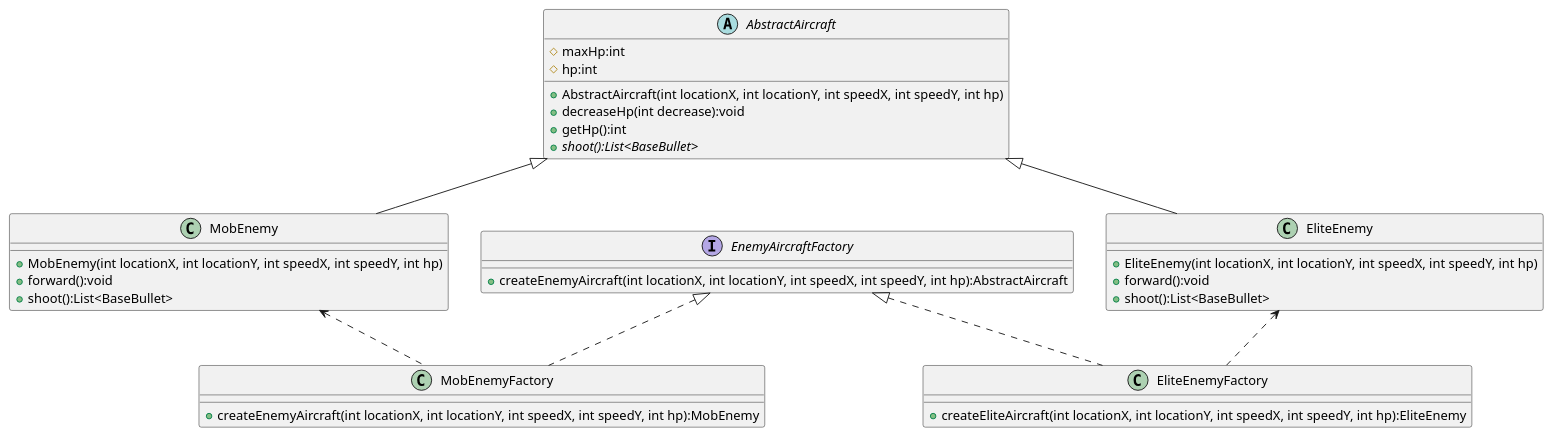
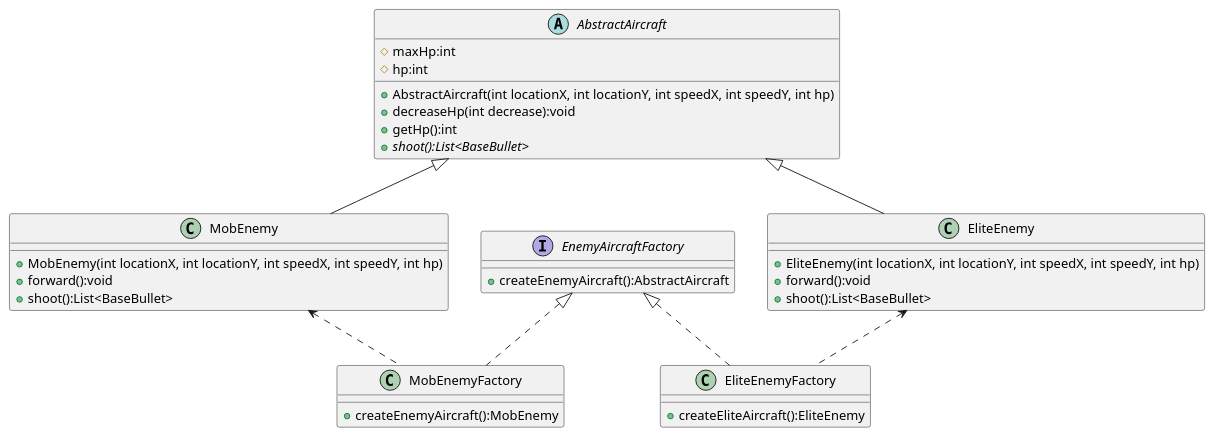
One commit to Chaoll-stu/java- changed the diagram in uml/EnemyFactory.puml. Above: the diagram before and after it, drawn with PlantUML. The commit also changed 4 other files, not shown here.

```diff
--- a/uml/EnemyFactory.puml
+++ b/uml/EnemyFactory.puml
@@ -1,45 +1,45 @@
 @startuml
 'https://plantuml.com/class-diagram
 
 interface EnemyAircraftFactory{
-    + createEnemyAircraft(int locationX, int locationY, int speedX, int speedY, int hp):AbstractAircraft
+    + createEnemyAircraft():AbstractAircraft
 }
 
 class MobEnemyFactory{
-    + createEnemyAircraft(int locationX, int locationY, int speedX, int speedY, int hp):MobEnemy
+    + createEnemyAircraft():MobEnemy
 }
 
 class EliteEnemyFactory{
-    + createEliteAircraft(int locationX, int locationY, int speedX, int speedY, int hp):EliteEnemy
+    + createEliteAircraft():EliteEnemy
 }
 
 abstract class AbstractAircraft
 {
 	# maxHp:int
     # hp:int
     + AbstractAircraft(int locationX, int locationY, int speedX, int speedY, int hp)
     + decreaseHp(int decrease):void
     + getHp():int
     + {abstract} shoot():List<BaseBullet>
  }
 
 MobEnemy <.. MobEnemyFactory
 EnemyAircraftFactory <|.. MobEnemyFactory
 EliteEnemy <.. EliteEnemyFactory
 EnemyAircraftFactory <|.. EliteEnemyFactory
 
 class MobEnemy {
     + MobEnemy(int locationX, int locationY, int speedX, int speedY, int hp)
     + forward():void
     + shoot():List<BaseBullet>
 }
 AbstractAircraft <|-- MobEnemy
 
 class EliteEnemy {
     + EliteEnemy(int locationX, int locationY, int speedX, int speedY, int hp)
     + forward():void
     + shoot():List<BaseBullet>
 }
 AbstractAircraft <|-- EliteEnemy
 
 @enduml
```
